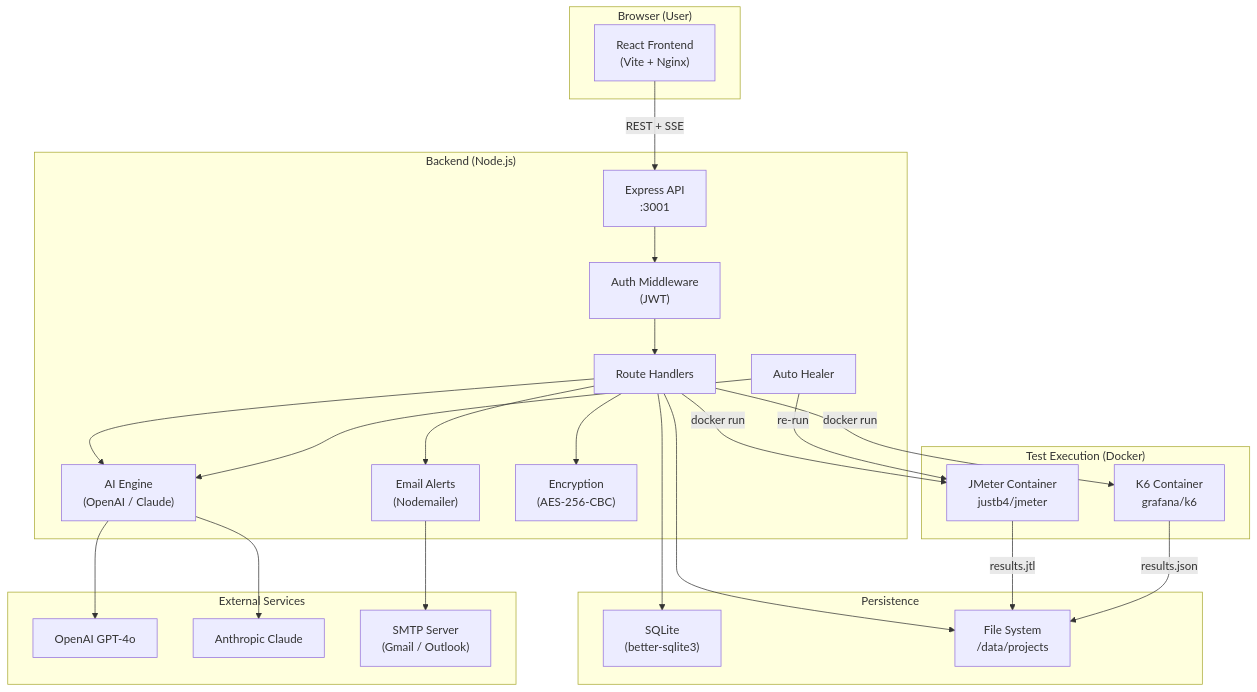
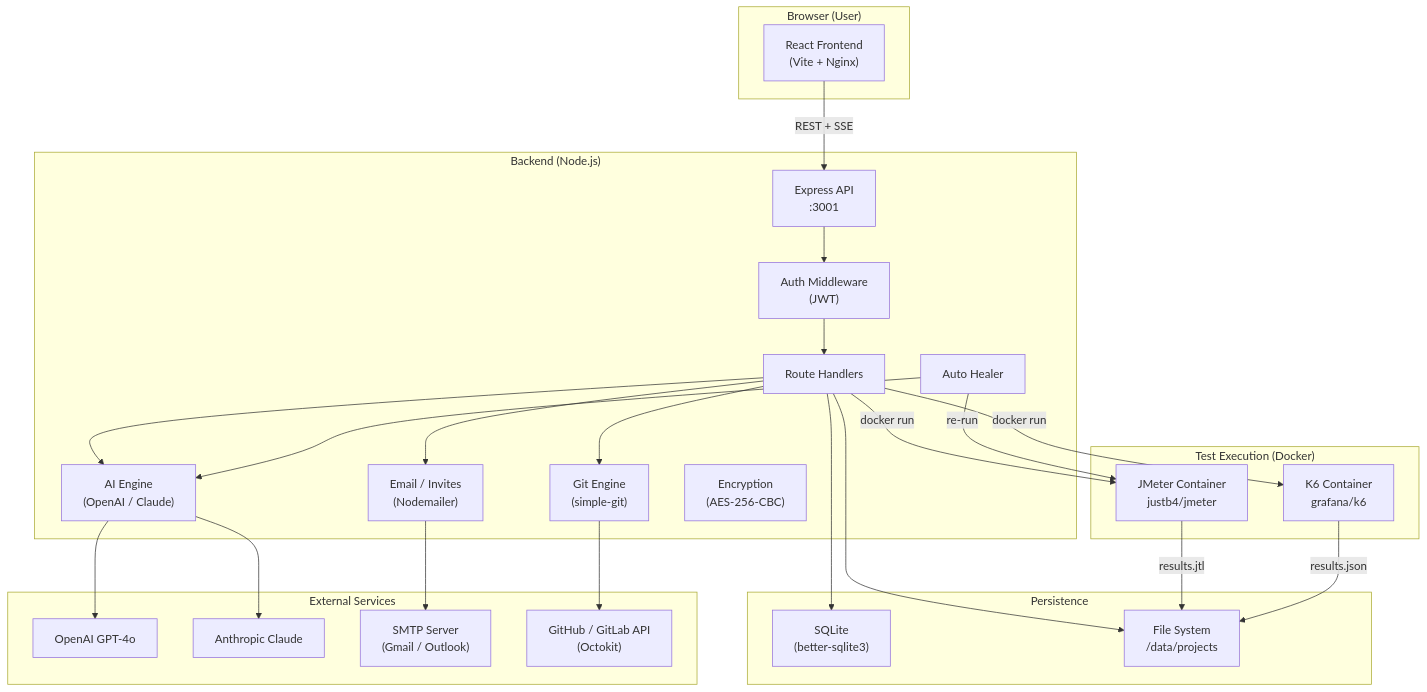
One commit to tasleem-zaif/perf-studio changed the diagram in docs/ARCHITECTURE.md. Above: the diagram before and after it, drawn with Mermaid. The commit also changed other lines of this file and 3 other files, not shown here.

First line of the commit message:
docs: Update README, ARCHITECTURE, REQUIREMENTS and .env.example for latest features

````diff
--- a/docs/ARCHITECTURE.md
+++ b/docs/ARCHITECTURE.md
@@ -5,48 +5,50 @@
 ```mermaid
 graph TB
     subgraph Browser["Browser (User)"]
         UI["React Frontend\n(Vite + Nginx)"]
     end
 
     subgraph Backend["Backend (Node.js)"]
         API["Express API\n:3001"]
         Auth["Auth Middleware\n(JWT)"]
         Routes["Route Handlers"]
         AI["AI Engine\n(OpenAI / Claude)"]
         Healer["Auto Healer"]
-        Email["Email Alerts\n(Nodemailer)"]
+        Email["Email / Invites\n(Nodemailer)"]
+        Git["Git Engine\n(simple-git)"]
         Enc["Encryption\n(AES-256-CBC)"]
     end
 
     subgraph Storage["Persistence"]
         DB["SQLite\n(better-sqlite3)"]
         FS["File System\n/data/projects"]
     end
 
     subgraph Execution["Test Execution (Docker)"]
         JMeter["JMeter Container\njustb4/jmeter"]
         K6["K6 Container\ngrafana/k6"]
     end
 
     subgraph External["External Services"]
         GPT["OpenAI GPT-4o"]
         Claude["Anthropic Claude"]
         SMTP["SMTP Server\n(Gmail / Outlook)"]
+        GitHub["GitHub / GitLab API\n(Octokit)"]
     end
 
     UI -->|"REST + SSE"| API
     API --> Auth --> Routes
     Routes --> DB
     Routes --> FS
     Routes --> AI
     AI --> GPT
     AI --> Claude
     Routes -->|"docker run"| JMeter
     Routes -->|"docker run"| K6
     JMeter -->|"results.jtl"| FS
     K6 -->|"results.json"| FS
     Healer --> AI
     Healer -->|"re-run"| JMeter
     Routes --> Email --> SMTP
-    Routes --> Enc
+    Routes --> Git --> GitHub
 ```
````
